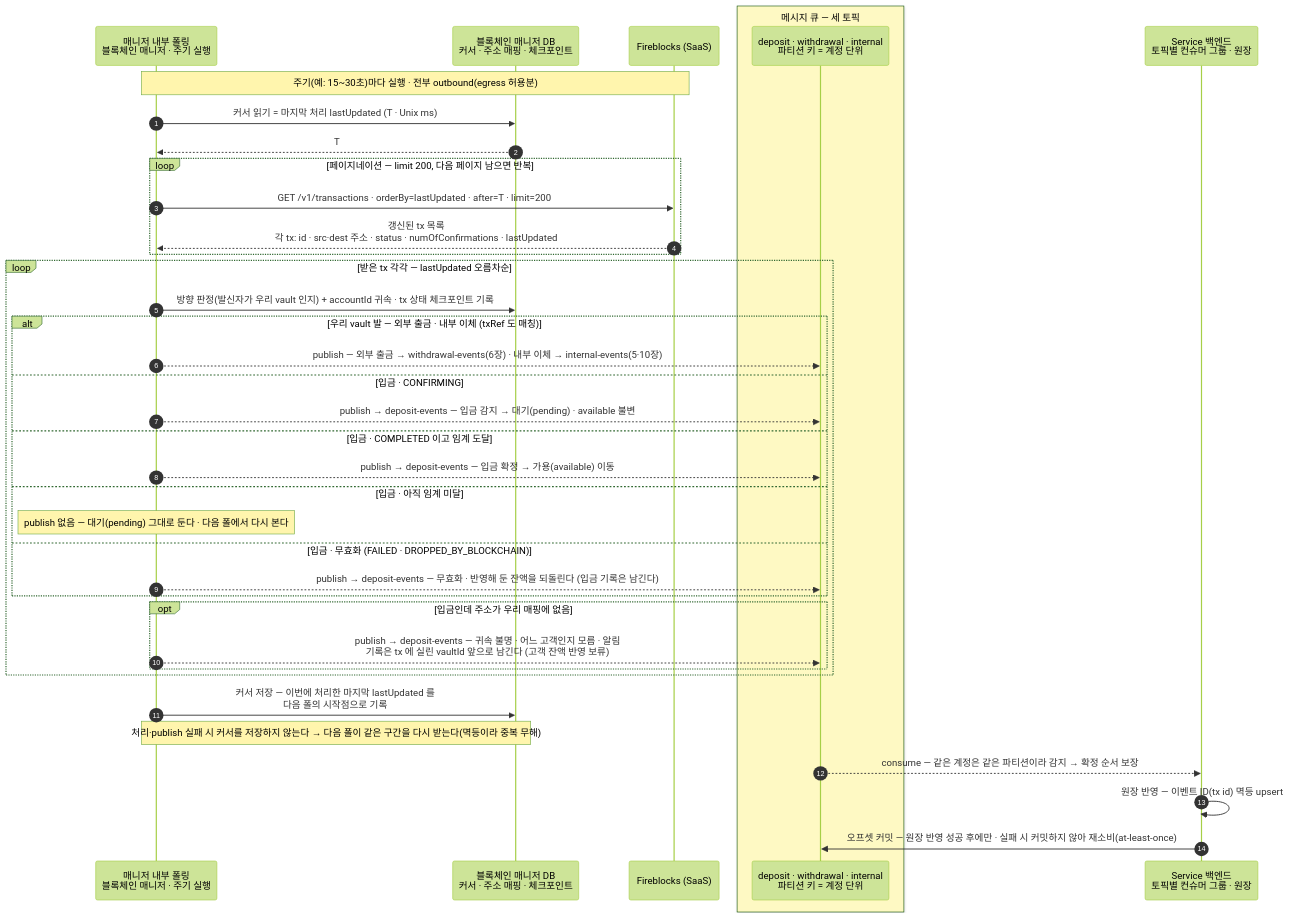
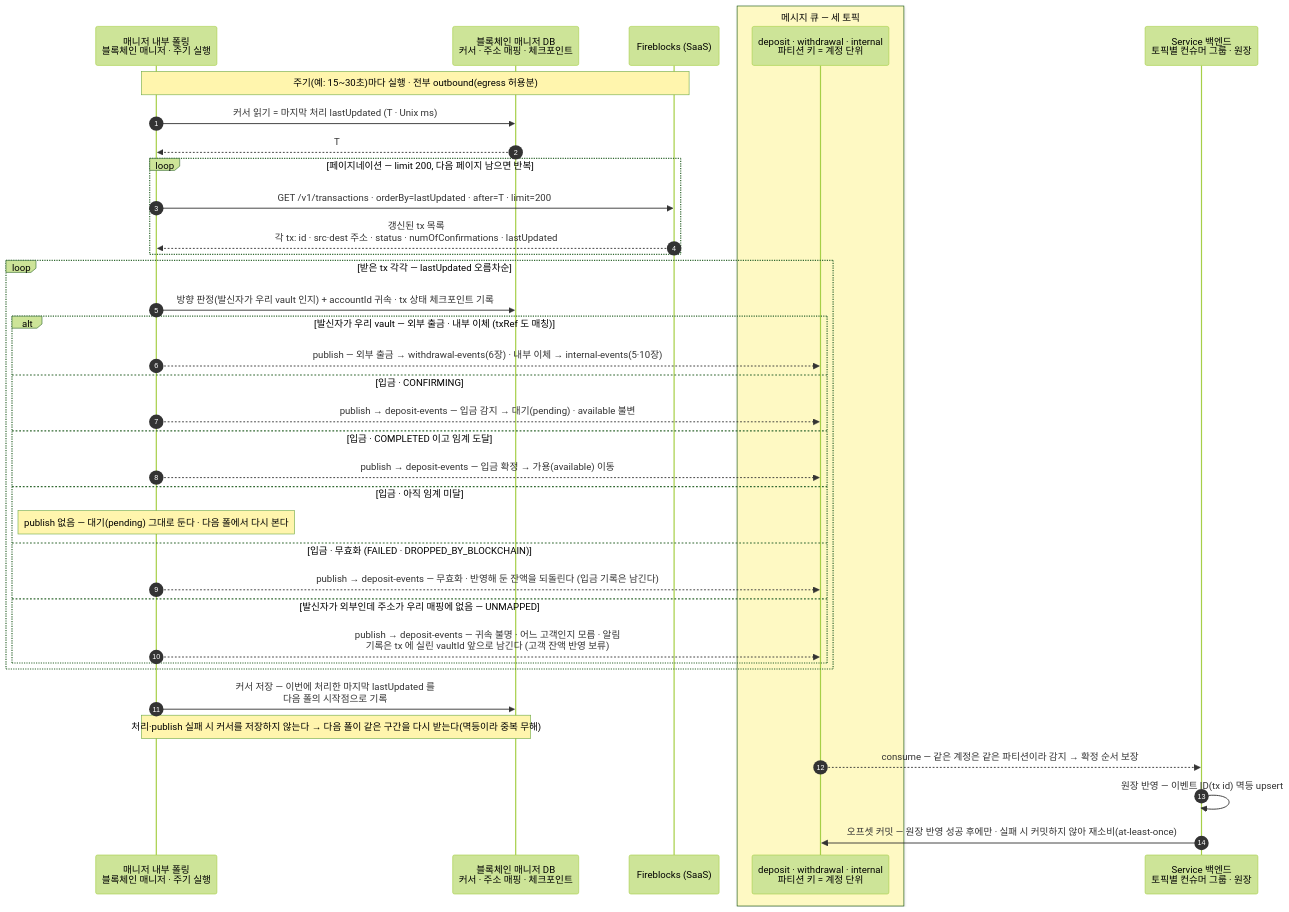
Before and after one commit to eunsujeo/eunpus: the first of 2 diagrams in blockchain-manager/docs/블록체인매니저/설계/04-detect-confirm.md, drawn with Mermaid (forest theme). The commit also changed other lines of this file, not shown here.

First line of the commit message:
4장 리뷰 반영 — 문단 정리·용어 평이화·다이어그램 분기 정정

````diff
--- a/blockchain-manager/docs/블록체인매니저/설계/04-detect-confirm.md
+++ b/blockchain-manager/docs/블록체인매니저/설계/04-detect-confirm.md
@@ -67,45 +61,44 @@
 ```mermaid
 sequenceDiagram
     autonumber
     participant SUB as 매니저 내부 폴링<br/>블록체인 매니저 · 주기 실행
     participant MDB as 블록체인 매니저 DB<br/>커서 · 주소 매핑 · 체크포인트
     participant FB as Fireblocks (SaaS)
     box rgb(254,249,195) 메시지 큐 — 세 토픽
     participant MQ as deposit · withdrawal · internal<br/>파티션 키 = 계정 단위
     end
     participant BE as Service 백엔드<br/>토픽별 컨슈머 그룹 · 원장
 
     Note over SUB,FB: 주기(예: 15~30초)마다 실행 · 전부 outbound(egress 허용분)
     SUB->>MDB: 커서 읽기 = 마지막 처리 lastUpdated (T · Unix ms)
     MDB-->>SUB: T
 
     loop 페이지네이션 — limit 200, 다음 페이지 남으면 반복
         SUB->>FB: GET /v1/transactions · orderBy=lastUpdated · after=T · limit=200
         FB-->>SUB: 갱신된 tx 목록<br/>각 tx: id · src·dest 주소 · status · numOfConfirmations · lastUpdated
     end
 
     loop 받은 tx 각각 — lastUpdated 오름차순
         SUB->>MDB: 방향 판정(발신자가 우리 vault 인지) + accountId 귀속 · tx 상태 체크포인트 기록
-        alt 우리 vault 발 — 외부 출금 · 내부 이체 (txRef 도 매칭)
+        alt 발신자가 우리 vault — 외부 출금 · 내부 이체 (txRef 도 매칭)
             SUB-->>MQ: publish — 외부 출금 → withdrawal-events(6장) · 내부 이체 → internal-events(5·10장)
         else 입금 · CONFIRMING
             SUB-->>MQ: publish → deposit-events — 입금 감지 → 대기(pending) · available 불변
         else 입금 · COMPLETED 이고 임계 도달
             SUB-->>MQ: publish → deposit-events — 입금 확정 → 가용(available) 이동
         else 입금 · 아직 임계 미달
             Note over SUB: publish 없음 — 대기(pending) 그대로 둔다 · 다음 폴에서 다시 본다
         else 입금 · 무효화 (FAILED · DROPPED_BY_BLOCKCHAIN)
             SUB-->>MQ: publish → deposit-events — 무효화 · 반영해 둔 잔액을 되돌린다 (입금 기록은 남긴다)
-        end
-        opt 입금인데 주소가 우리 매핑에 없음
+        else 발신자가 외부인데 주소가 우리 매핑에 없음 — UNMAPPED
             SUB-->>MQ: publish → deposit-events — 귀속 불명 · 어느 고객인지 모름 · 알림<br/>기록은 tx 에 실린 vaultId 앞으로 남긴다 (고객 잔액 반영 보류)
         end
     end
 
     SUB->>MDB: 커서 저장 — 이번에 처리한 마지막 lastUpdated 를<br/>다음 폴의 시작점으로 기록
     Note over SUB,MDB: 처리·publish 실패 시 커서를 저장하지 않는다 → 다음 폴이 같은 구간을 다시 받는다(멱등이라 중복 무해)
 
     MQ-->>BE: consume — 같은 계정은 같은 파티션이라 감지 → 확정 순서 보장
     BE->>BE: 원장 반영 — 이벤트 ID(tx id) 멱등 upsert
     BE->>MQ: 오프셋 커밋 — 원장 반영 성공 후에만 · 실패 시 커밋하지 않아 재소비(at-least-once)
 ```
````
